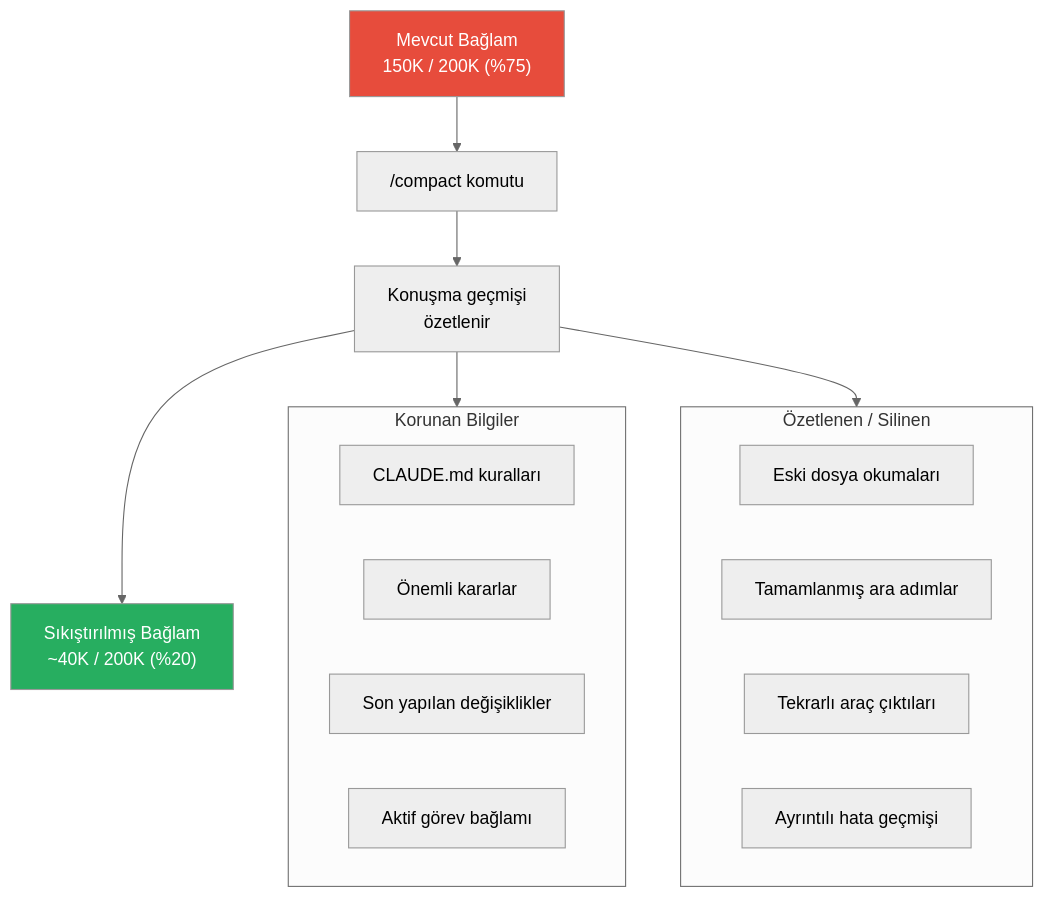
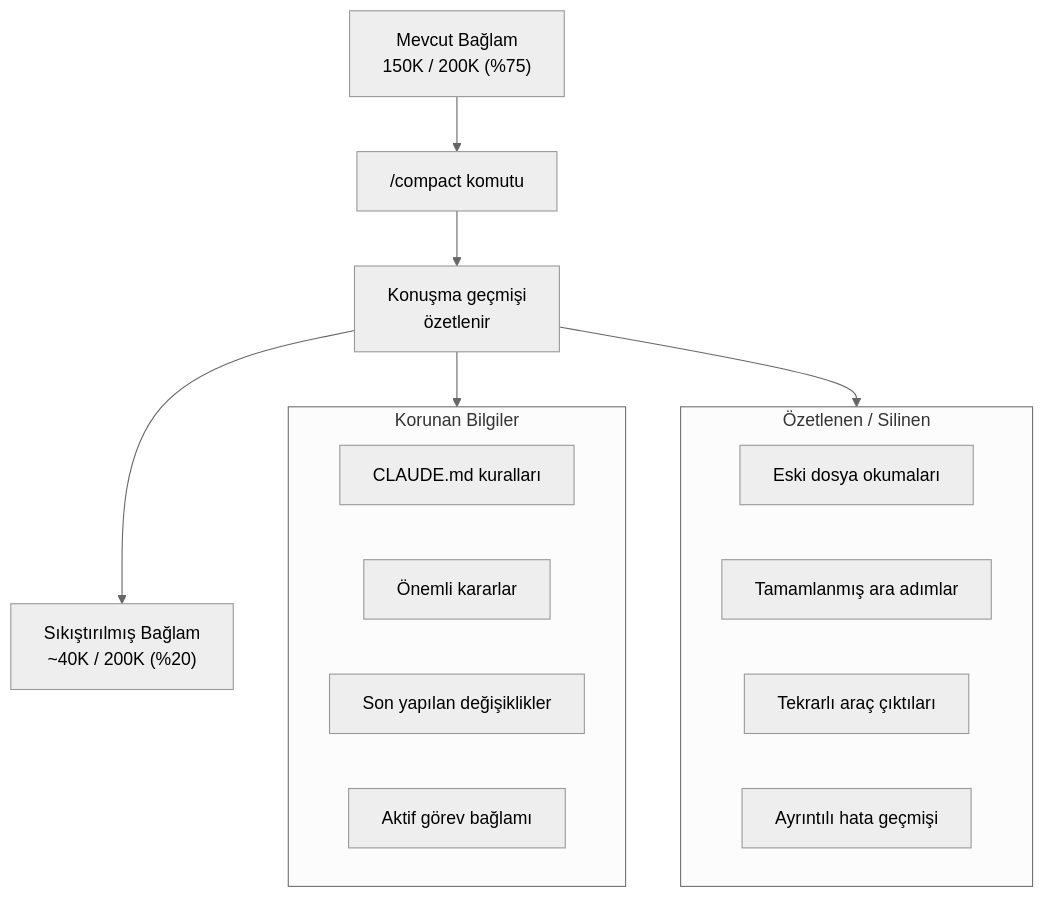
The fourth of 7 diagrams in 09-bellek-ve-baglam/05-context-window-yonetimi.md (IzzetYasinAtes/ClaudeCodeHandbook), drawn with Mermaid (neutral theme) before and after one commit. The commit also changed other lines of this file and 97 other files, not shown here.

Commit message:
Remove all custom Mermaid style/fill colors from 98 markdown files for consistent dark theme rendering

````diff
--- a/09-bellek-ve-baglam/05-context-window-yonetimi.md
+++ b/09-bellek-ve-baglam/05-context-window-yonetimi.md
@@ -154,29 +140,27 @@
 ```mermaid
 flowchart TD
     BEFORE["Mevcut Bağlam<br/>150K / 200K (%75)"]
     COMPACT["/compact komutu"]
     PROCESS["Konuşma geçmişi<br/>özetlenir"]
     AFTER["Sıkıştırılmış Bağlam<br/>~40K / 200K (%20)"]
 
     BEFORE --> COMPACT --> PROCESS --> AFTER
 
     subgraph korunan ["Korunan Bilgiler"]
         K1["CLAUDE.md kuralları"]
         K2["Önemli kararlar"]
         K3["Son yapılan değişiklikler"]
         K4["Aktif görev bağlamı"]
     end
 
     subgraph silinen ["Özetlenen / Silinen"]
         S1["Eski dosya okumaları"]
         S2["Tamamlanmış ara adımlar"]
         S3["Tekrarlı araç çıktıları"]
         S4["Ayrıntılı hata geçmişi"]
     end
 
     PROCESS --> korunan
     PROCESS --> silinen
 
-    style BEFORE fill:#E74C3C,color:#fff
-    style AFTER fill:#27AE60,color:#fff
 ```
````
